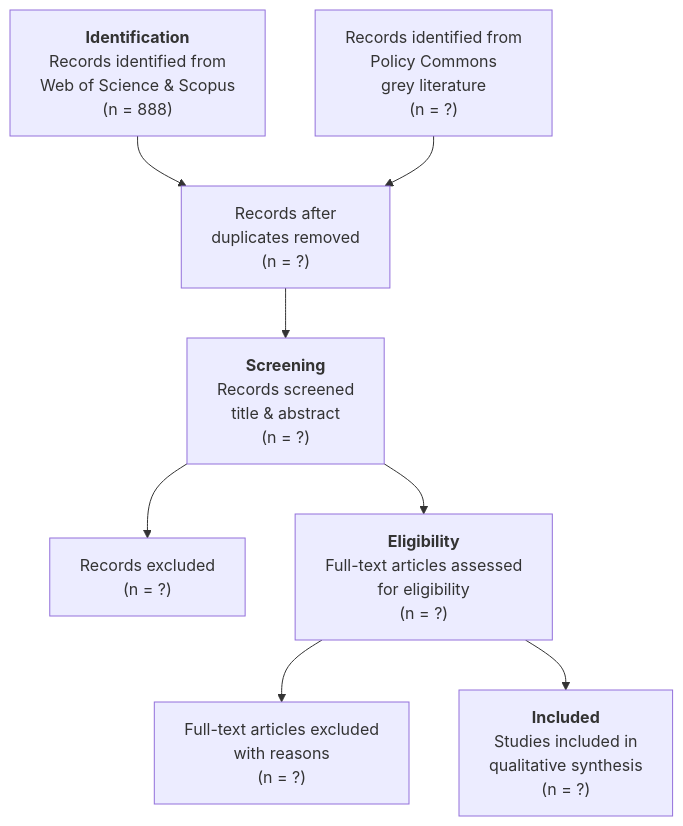
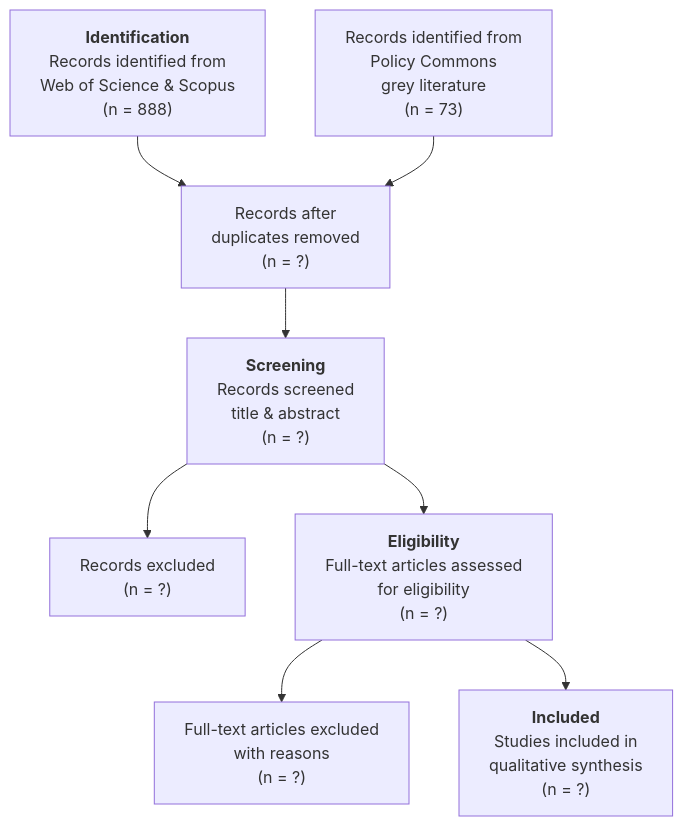
The second of 2 diagrams in Formative Methods - Urban Studies Dissertation (revised).md (EVasiloudes/algorithmic-governance-domicide-slr), drawn with Mermaid before and after one commit. The commit also changed 3 other files, not shown here.

Commit message:
Policy Commons grey literature: Search A tier 3 (63), B tier 2 (10); corrected swapped filenames; PRISMA n=73; SLR.log.md + MuNote.md updated

````diff
--- a/Formative Methods - Urban Studies Dissertation (revised).md
+++ b/Formative Methods - Urban Studies Dissertation (revised).md
@@ -54,10 +54,10 @@
 ```mermaid
 flowchart TD
     A1["<b>Identification</b><br/>Records identified from<br/>Web of Science &amp; Scopus<br/>(n = 888)"] --> B["Records after<br/>duplicates removed<br/>(n = ?)"]
-    A2["Records identified from<br/>Policy Commons<br/>grey literature<br/>(n = ?)"] --> B
+    A2["Records identified from<br/>Policy Commons<br/>grey literature<br/>(n = 73)"] --> B
     B --> C["<b>Screening</b><br/>Records screened<br/>title &amp; abstract<br/>(n = ?)"]
     C --> D["Records excluded<br/>(n = ?)"]
     C --> E["<b>Eligibility</b><br/>Full-text articles assessed<br/>for eligibility<br/>(n = ?)"]
     E --> F["Full-text articles excluded<br/>with reasons<br/>(n = ?)"]
     E --> G["<b>Included</b><br/>Studies included in<br/>qualitative synthesis<br/>(n = ?)"]
 ```
````
